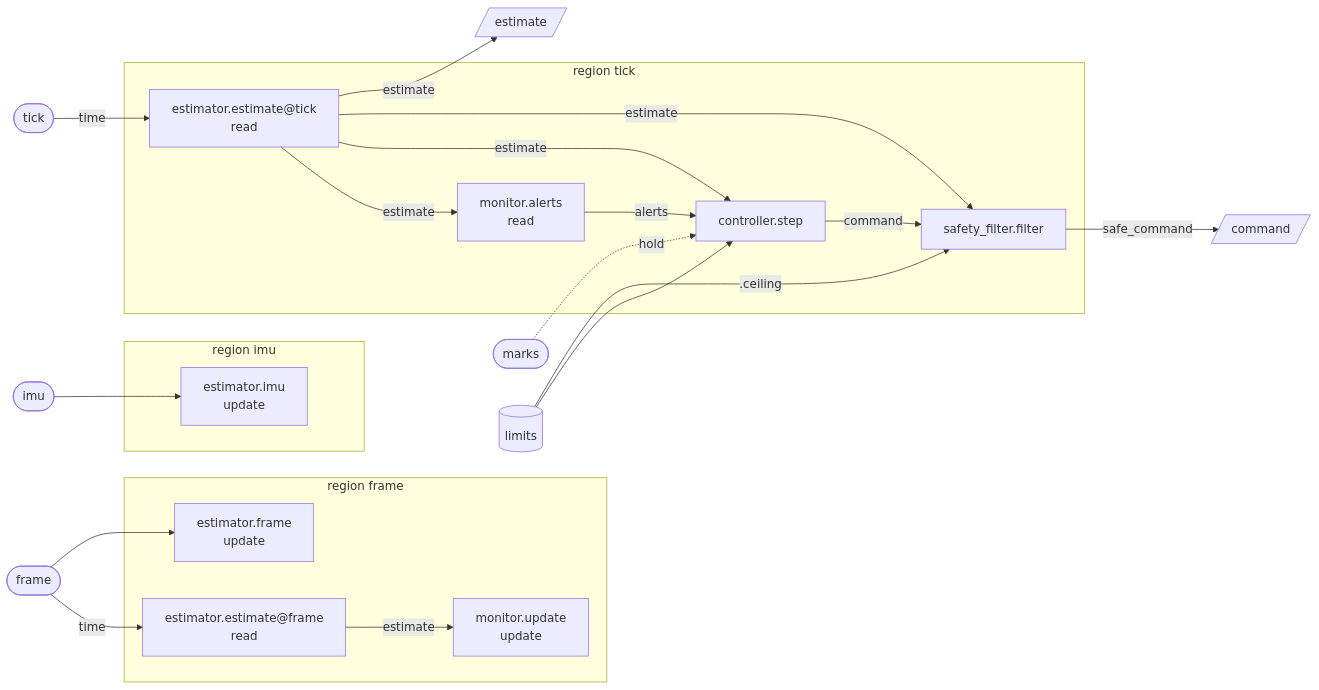
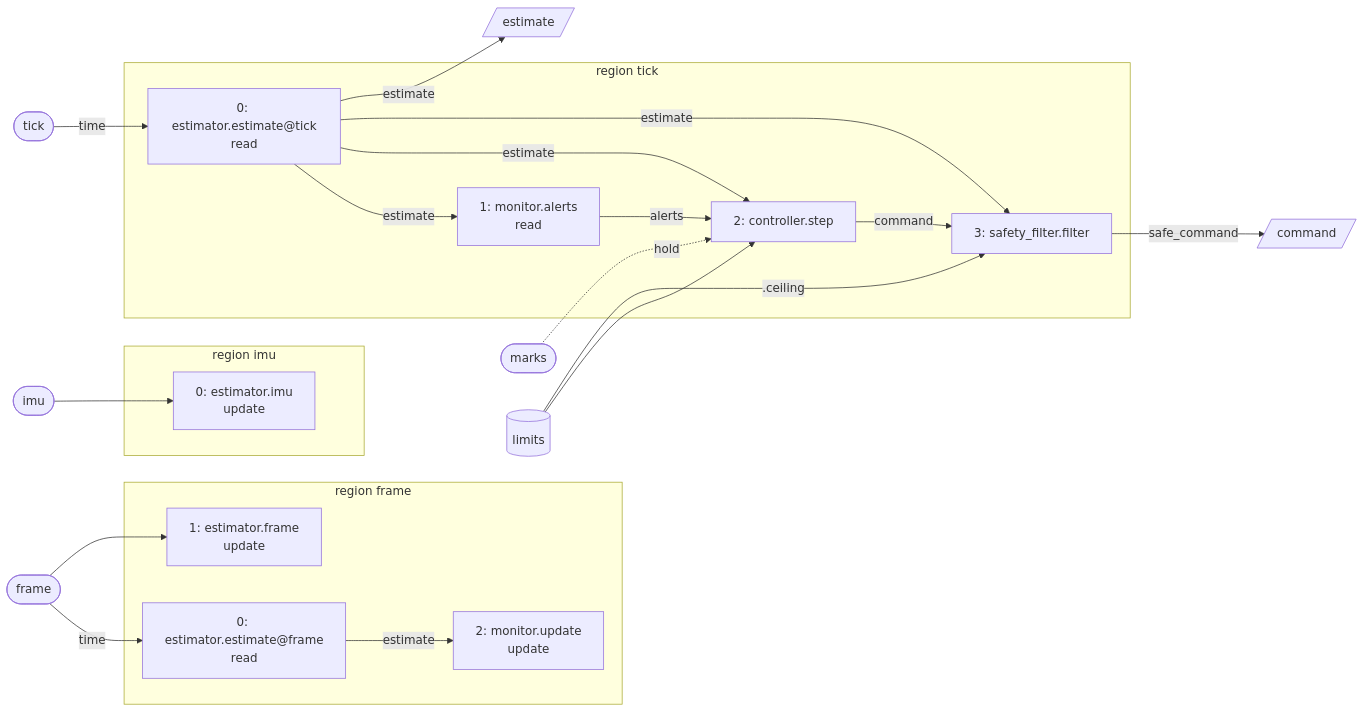
One commit to branes-ai/anatomy changed the diagram in docs/guides/reading-a-graph.md. Above: the diagram before and after it, drawn with Mermaid. The commit also changed other lines of this file and 4 other files, not shown here.

First line of the commit message:
fix(flow): number the firings and escape the chart's text

````diff
--- a/docs/guides/reading-a-graph.md
+++ b/docs/guides/reading-a-graph.md
@@ -44,40 +44,40 @@
 ```mermaid
 flowchart LR
     %% flow-graph test, scoreboard
     in0(["imu"])
     in1(["frame"])
     in2(["tick"])
     in3(["marks"])
     k0[("limits")]
     subgraph r0["region imu"]
-        r0f0["estimator.imu<br/>update"]
+        r0f0["0: estimator.imu<br/>update"]
     end
     subgraph r1["region frame"]
-        r1f0["estimator.estimate@frame<br/>read"]
-        r1f1["estimator.frame<br/>update"]
-        r1f2["monitor.update<br/>update"]
+        r1f0["0: estimator.estimate@frame<br/>read"]
+        r1f1["1: estimator.frame<br/>update"]
+        r1f2["2: monitor.update<br/>update"]
     end
     subgraph r2["region tick"]
-        r2f0["estimator.estimate@tick<br/>read"]
-        r2f1["monitor.alerts<br/>read"]
-        r2f2["controller.step"]
-        r2f3["safety_filter.filter"]
+        r2f0["0: estimator.estimate@tick<br/>read"]
+        r2f1["1: monitor.alerts<br/>read"]
+        r2f2["2: controller.step"]
+        r2f3["3: safety_filter.filter"]
     end
     out0[/"estimate"/]
     out1[/"command"/]
     in0 --> r0f0
     in1 -->|"time"| r1f0
     in1 --> r1f1
     r1f0 -->|"estimate"| r1f2
     in2 -->|"time"| r2f0
     r2f0 -->|"estimate"| r2f1
     r2f0 -->|"estimate"| r2f2
     k0 --> r2f2
     r2f1 -->|"alerts"| r2f2
     in3 -.->|"hold"| r2f2
     r2f0 -->|"estimate"| r2f3
     r2f2 -->|"command"| r2f3
     k0 -->|".ceiling"| r2f3
     r2f0 -->|"estimate"| out0
     r2f3 -->|"safe_command"| out1
 ```
````
